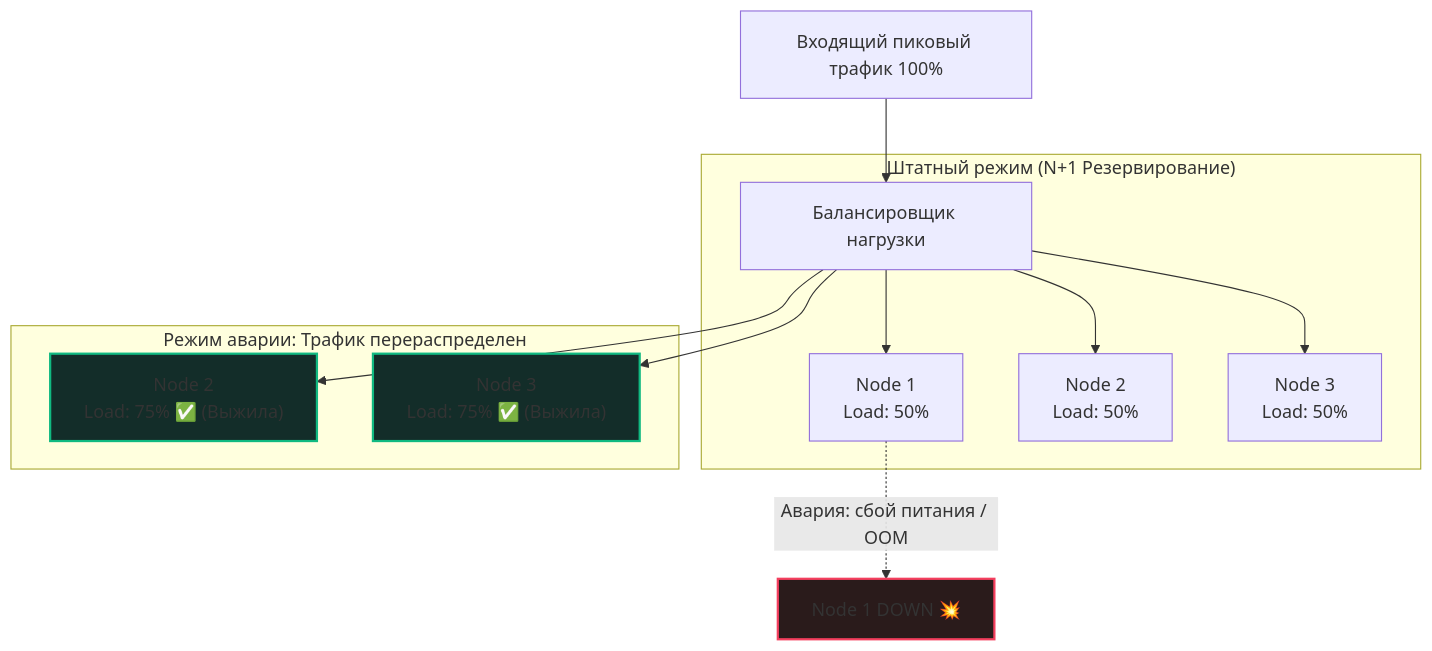
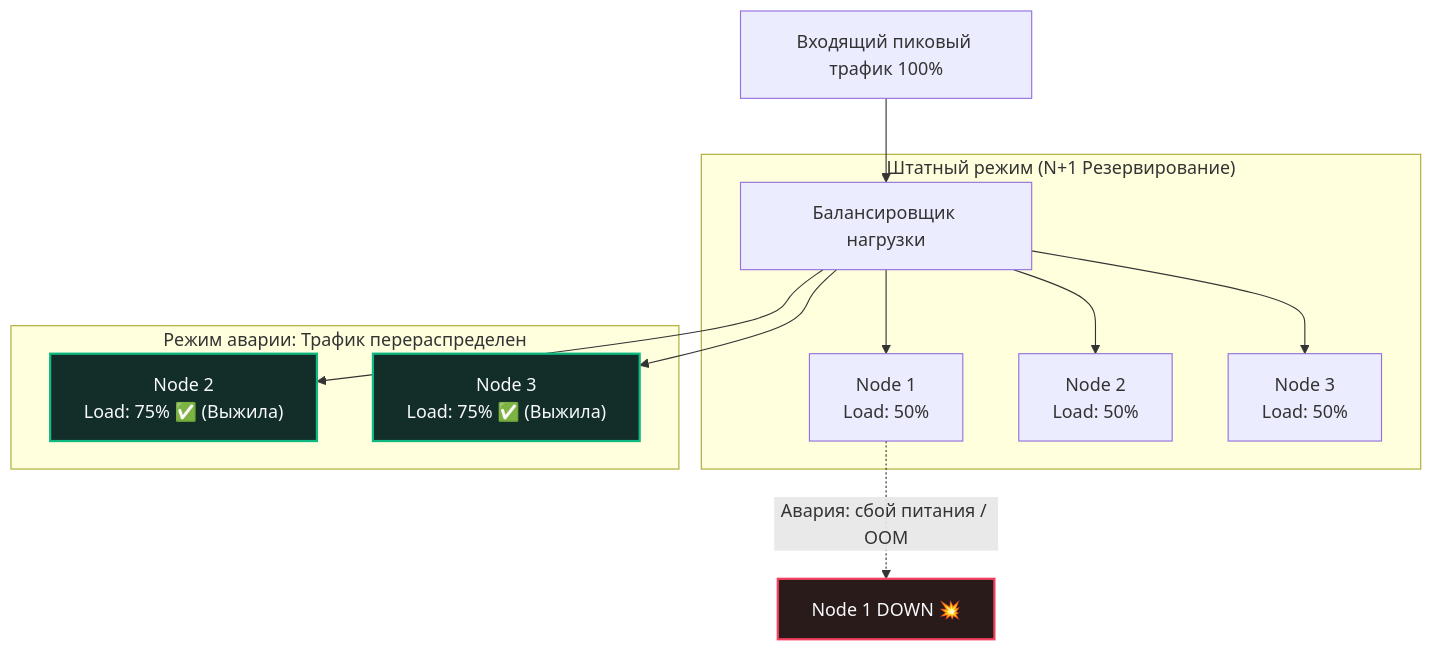
One commit to UnrealTemplier/go-textbook changed the diagram in sources/16. Профилирование, отладка и производительность/10. Highload/6. Capacity planning.md. Above: the diagram before and after it, drawn with Mermaid. The commit also changed 310 other files, not shown here.

First line of the commit message:
fix(mermaid): replace light fill colors with dark palette for readability on dark theme

````diff
--- a/sources/16. Профилирование, отладка и производительность/10. Highload/6. Capacity planning.md
+++ b/sources/16. Профилирование, отладка и производительность/10. Highload/6. Capacity planning.md
@@ -135,21 +135,21 @@
 ```mermaid
 flowchart TD
     Client["Входящий пиковый трафик 100%"] --> LB["Балансировщик нагрузки"]
     
     subgraph Cluster ["Штатный режим (N+1 Резервирование)"]
         LB --> N1["Node 1<br>Load: 50%"]
         LB --> N2["Node 2<br>Load: 50%"]
         LB --> N3["Node 3<br>Load: 50%"]
     end
     
     N1 -.->|"Авария: сбой питания / OOM"| Failed["Node 1 DOWN 💥"]
     
     subgraph Failover ["Режим аварии: Трафик перераспределен"]
         LB --> N2F["Node 2<br>Load: 75% ✅ (Выжила)"]
         LB --> N3F["Node 3<br>Load: 75% ✅ (Выжила)"]
     end
     
-    style Failed fill:#2a1b1b,stroke:#f43f5e,stroke-width:2px
-    style N2F fill:#132d29,stroke:#10b981,stroke-width:2px
-    style N3F fill:#132d29,stroke:#10b981,stroke-width:2px
+    style Failed fill:#2a1b1b,stroke:#f43f5e,stroke-width:2px,color:#f8fafc
+    style N2F fill:#132d29,stroke:#10b981,stroke-width:2px,color:#f8fafc
+    style N3F fill:#132d29,stroke:#10b981,stroke-width:2px,color:#f8fafc
 ```
````
